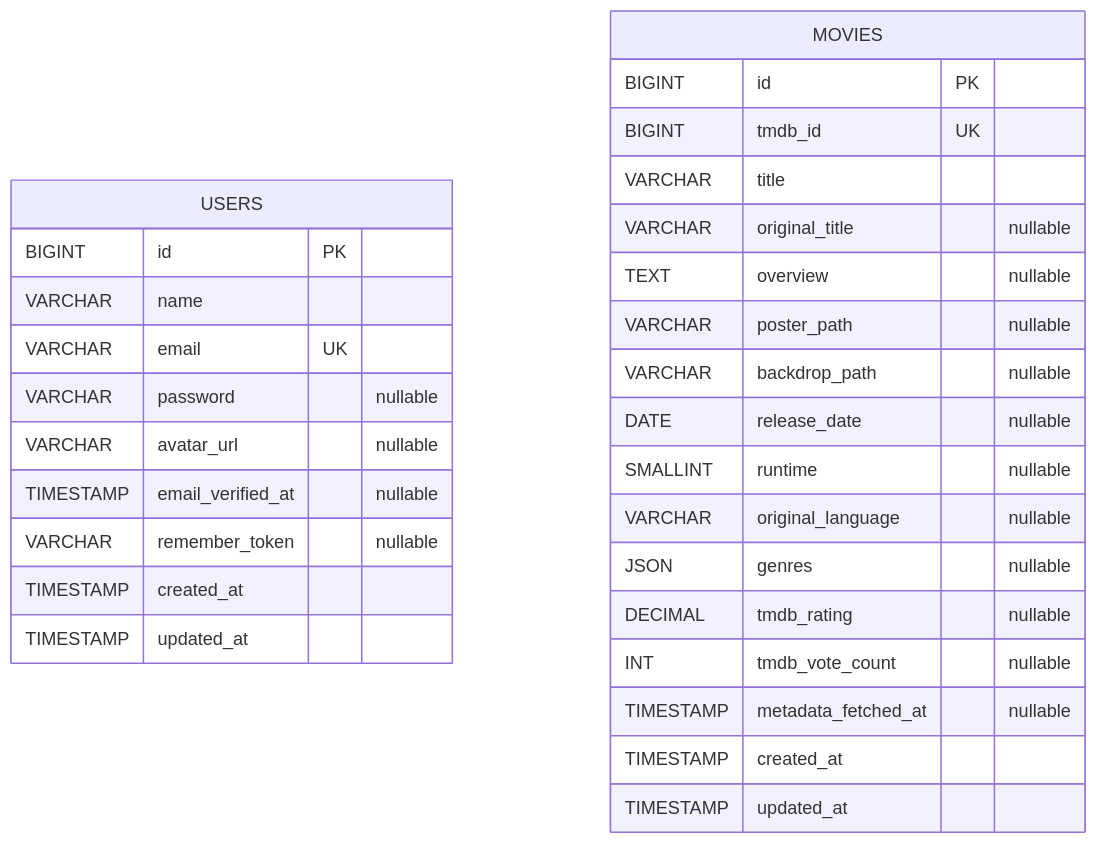
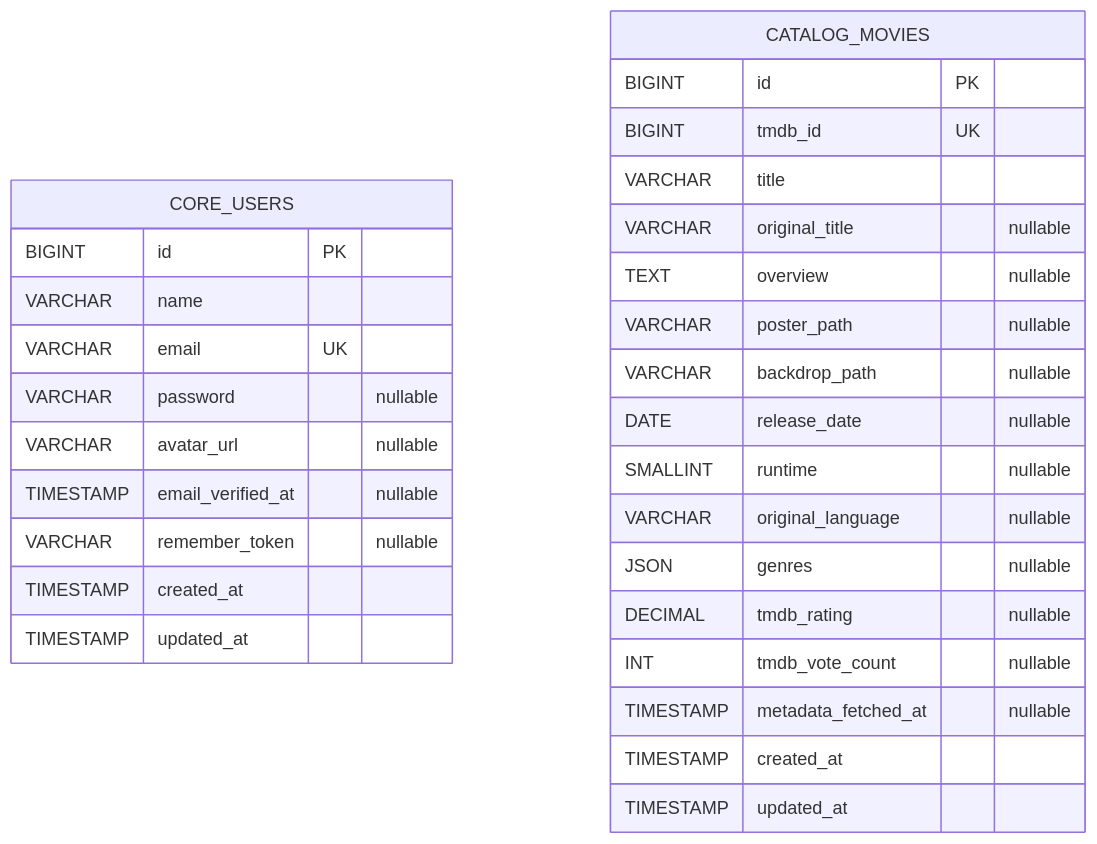
One commit to hsn-bachir/VYBE changed the diagram in docs/database/schema.md. Above: the diagram before and after it, drawn with Mermaid. The commit also changed other lines of this file and 79 other files, not shown here.

Commit message:
chore: establish two-service VYBE architecture

````diff
--- a/docs/database/schema.md
+++ b/docs/database/schema.md
@@ -7,32 +5,32 @@
 ```mermaid
 erDiagram
-  USERS {
+  CORE_USERS {
     BIGINT id PK
     VARCHAR name
     VARCHAR email UK
     VARCHAR password "nullable"
     VARCHAR avatar_url "nullable"
     TIMESTAMP email_verified_at "nullable"
     VARCHAR remember_token "nullable"
     TIMESTAMP created_at
     TIMESTAMP updated_at
   }
-  MOVIES {
+  CATALOG_MOVIES {
     BIGINT id PK
     BIGINT tmdb_id UK
     VARCHAR title
     VARCHAR original_title "nullable"
     TEXT overview "nullable"
     VARCHAR poster_path "nullable"
     VARCHAR backdrop_path "nullable"
     DATE release_date "nullable"
     SMALLINT runtime "nullable"
     VARCHAR original_language "nullable"
     JSON genres "nullable"
     DECIMAL tmdb_rating "nullable"
     INT tmdb_vote_count "nullable"
     TIMESTAMP metadata_fetched_at "nullable"
     TIMESTAMP created_at
     TIMESTAMP updated_at
   }
 ```
````
